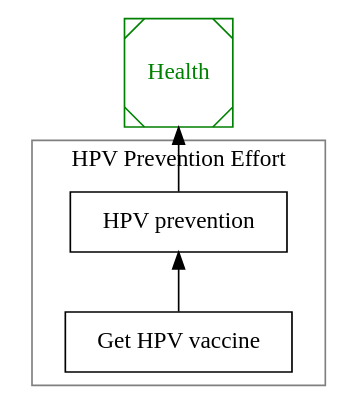
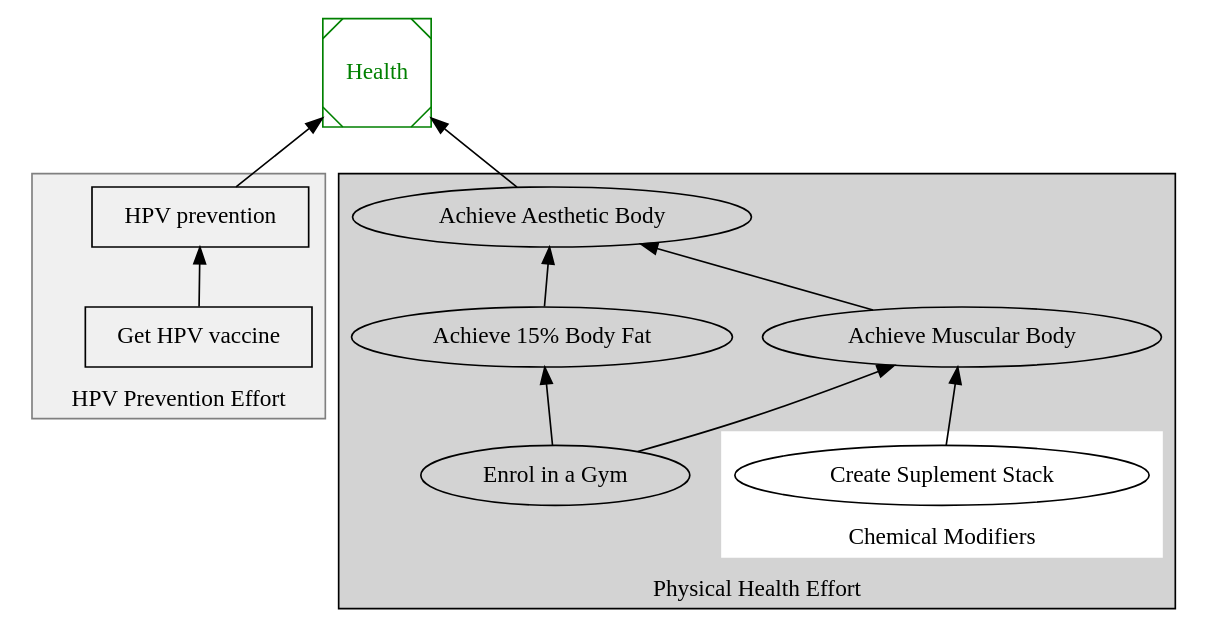
One commit to igor-mitrovic/Planning changed the diagram in Health.dot. Above: the diagram before and after it, drawn with Graphviz.

Commit message:
add health focus tree update

```diff
--- a/Health.dot
+++ b/Health.dot
@@ -1,21 +1,48 @@
 digraph Health {
     rankdir=BT
 
     // Health root node (outside cluster)
     Health [shape=Msquare color=green fontcolor=green];
     Health [root="true"]
 
     // Cluster for HPV-related actions
-    subgraph cluster_hpv {
+    subgraph cluster_hpv_effort {
         label="HPV Prevention Effort"
-        labelloc="b"
-        style=square
+        labeljust="c"
+        style="filled"
         color=gray
+        fillcolor="#f0f0f0"
         "HPV prevention" [shape=box]
         "Get HPV vaccine" [shape=box]
         "Get HPV vaccine" -> "HPV prevention"
+        "HPV prevention"
     }
 
+    subgraph cluster_physical_health_effort {
+        label="Physical Health Effort"
+        labeljust="c"
+        style="filled"
+
+        "Enrol in a Gym"
+        "Achieve 15% Body Fat"
+        "Achieve Muscular Body"
+        "Enrol in a Gym" -> "Achieve 15% Body Fat"
+        "Achieve 15% Body Fat" -> "Achieve Aesthetic Body"
+        "Achieve Muscular Body" -> "Achieve Aesthetic Body"
+        "Enrol in a Gym" -> "Achieve Muscular Body"
+
+        subgraph cluster_chemods{
+                label="Chemical Modifiers"
+                labeljust="c"
+                style="filled"
+                color="white"
+
+                chemmod1 [label="Create Suplement Stack"]
+        }
+        chemmod1->"Achieve Muscular Body"
+    }
     // Edge connecting cluster to Health
     "HPV prevention" -> Health
+    "Achieve Aesthetic Body" -> Health
+
 }
```
